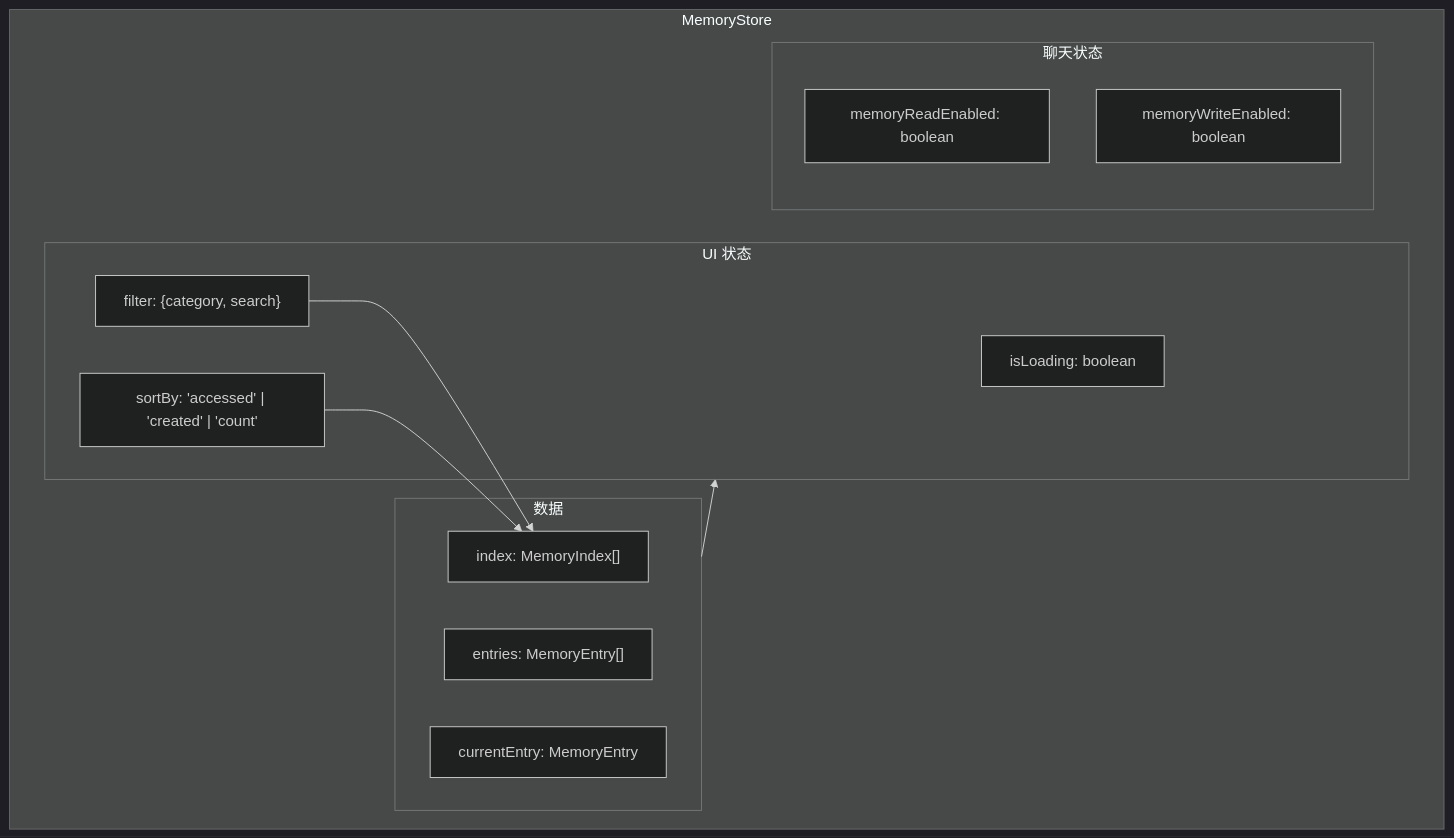
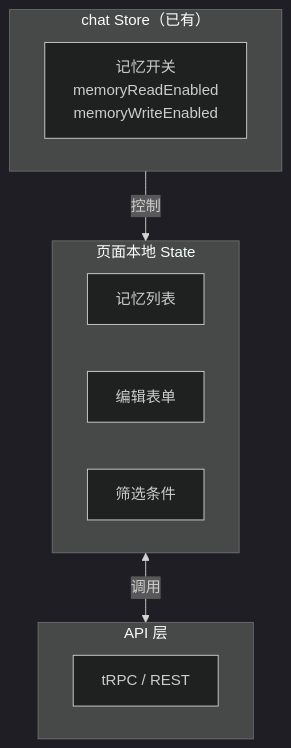
Diagram 12 of 14 in bar/记忆设计方案.md (RudolphHuang/openclaw_doc), drawn with Mermaid (dark theme) before and after one commit. The commit also changed other lines of this file, not shown here.

````diff
--- a/bar/记忆设计方案.md
+++ b/bar/记忆设计方案.md
@@ -524,25 +535,19 @@
 ```mermaid
 flowchart TB
-    subgraph MemoryStore["MemoryStore"]
-        subgraph Data["数据"]
-            Index["index: MemoryIndex[]"]
-            Entries["entries: MemoryEntry[]"]
-            Current["currentEntry: MemoryEntry"]
-        end
-        
-        subgraph UIState["UI 状态"]
-            Loading["isLoading: boolean"]
-            Filter["filter: {category, search}"]
-            Sort["sortBy: 'accessed' | 'created' | 'count'"]
-        end
-        
-        subgraph ChatState["聊天状态"]
-            ReadEnabled["memoryReadEnabled: boolean"]
-            WriteEnabled["memoryWriteEnabled: boolean"]
-        end
+    subgraph LocalState["页面本地 State"]
+        List["记忆列表"]
+        Edit["编辑表单"]
+        Filter["筛选条件"]
     end
     
-    Data --> UIState
-    Filter --> Index
-    Sort --> Index
+    subgraph ChatStore["chat Store（已有）"]
+        Toggle["记忆开关<br/>memoryReadEnabled<br/>memoryWriteEnabled"]
+    end
+    
+    subgraph API["API 层"]
+        TRPC["tRPC / REST"]
+    end
+    
+    LocalState <-->|调用| API
+    ChatStore -->|控制| LocalState
 ```
````
